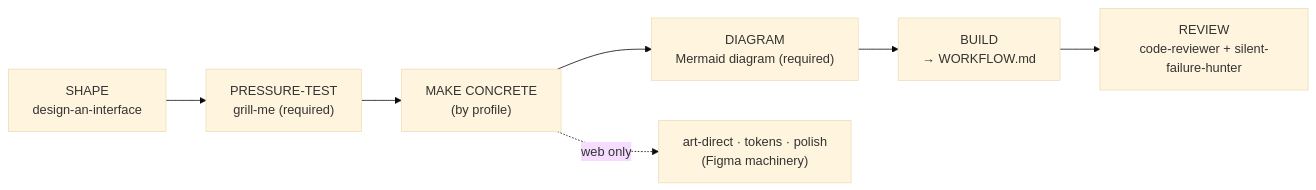
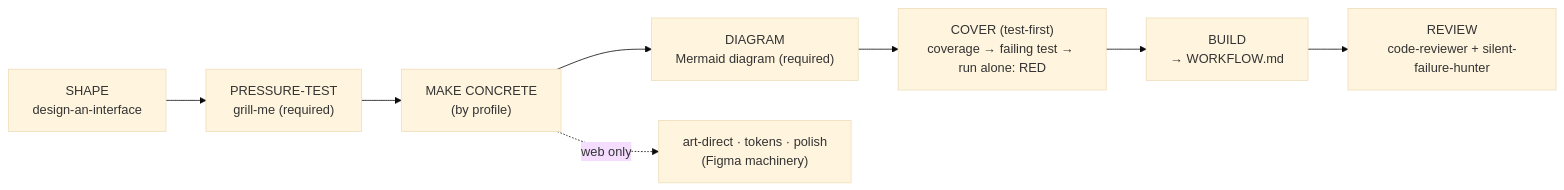
The sixth of 16 diagrams in docs/OVERVIEW.md (HenriGeorge/AutoCue), drawn with Mermaid (base theme) before and after one commit. The commit also changed other lines of this file and 45 other files, not shown here.

````diff
--- a/docs/OVERVIEW.md
+++ b/docs/OVERVIEW.md
@@ -120,9 +122,10 @@
 ```mermaid
 flowchart LR
     S["SHAPE<br/>design-an-interface"] --> G["PRESSURE-TEST<br/>grill-me (required)"]
     G --> M["MAKE CONCRETE<br/>(by profile)"]
     M --> D["DIAGRAM<br/>Mermaid diagram (required)"]
-    D --> B["BUILD<br/>→ WORKFLOW.md"]
+    D --> Cv["COVER (test-first)<br/>coverage → failing test → run alone: RED"]
+    Cv --> B["BUILD<br/>→ WORKFLOW.md"]
     B --> R["REVIEW<br/>code-reviewer + silent-failure-hunter"]
     M -.web only.-> WUI["art-direct · tokens · polish<br/>(Figma machinery)"]
 ```
````
